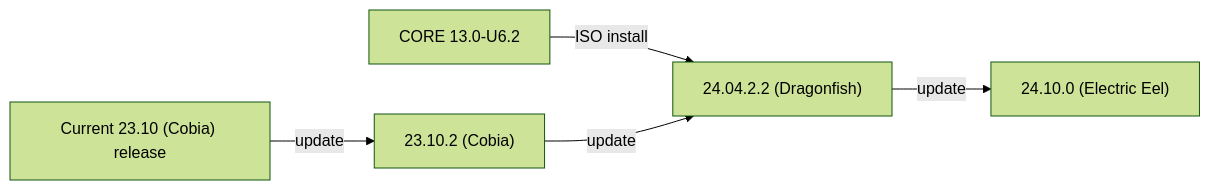
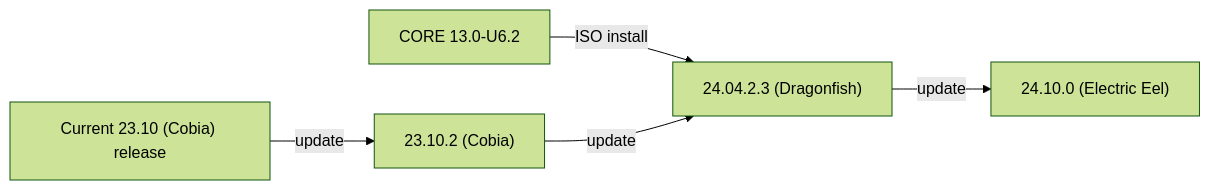
The second of 2 diagrams in static/includes/SCALEUpgradePaths.md (truenas/documentation), drawn with Mermaid (forest theme) before and after one commit. The commit also changed other lines of this file, not shown here.

```diff
--- a/static/includes/SCALEUpgradePaths.md
+++ b/static/includes/SCALEUpgradePaths.md
@@ -65,8 +65,8 @@
           {{< mermaid class="mermaid_sizing" >}}
           flowchart LR
             A["CORE 13.0-U6.2"] -->|ISO install| D
             B["Current 23.10 (Cobia) release"] -->|update| C
             C["23.10.2 (Cobia)"] -->|update| D
-            D["24.04.2.2 (Dragonfish)"]  -->|update| E
+            D["24.04.2.3 (Dragonfish)"]  -->|update| E
             E["24.10.0 (Electric Eel)"]
           {{< /mermaid >}}
```
